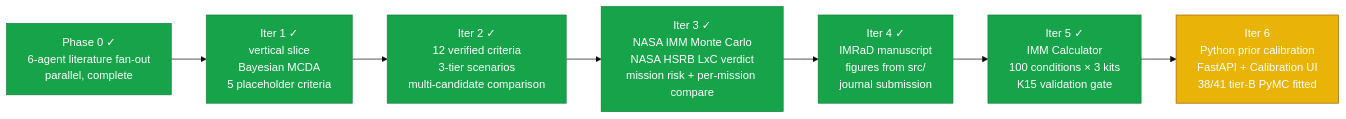
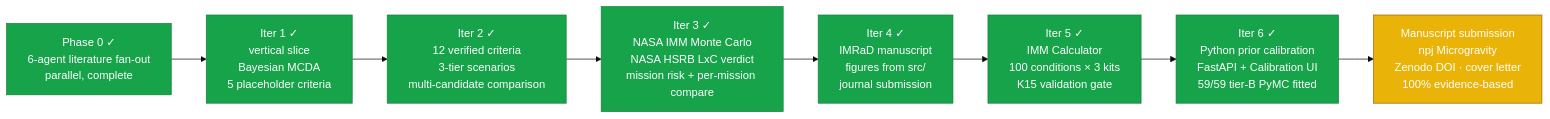
Before and after one commit to strikerdlm/selectron: the first of 2 diagrams in README.md, drawn with Mermaid (base theme). The commit also changed other lines of this file and 1 other file, not shown here.

````diff
--- a/README.md
+++ b/README.md
@@ -81,14 +81,15 @@
 ```mermaid
 flowchart LR
     P0[Phase 0 ✓<br/>6-agent literature fan-out<br/>parallel, complete] --> I1
     I1[Iter 1 ✓<br/>vertical slice<br/>Bayesian MCDA<br/>5 placeholder criteria] --> I2
     I2[Iter 2 ✓<br/>12 verified criteria<br/>3-tier scenarios<br/>multi-candidate comparison] --> I3
     I3[Iter 3 ✓<br/>NASA IMM Monte Carlo<br/>NASA HSRB LxC verdict<br/>mission risk + per-mission compare] --> I4
     I4[Iter 4 ✓<br/>IMRaD manuscript<br/>figures from src/<br/>journal submission] --> I5
     I5[Iter 5 ✓<br/>IMM Calculator<br/>100 conditions × 3 kits<br/>K15 validation gate] --> I6
-    I6[Iter 6<br/>Python prior calibration<br/>FastAPI + Calibration UI<br/>38/41 tier-B PyMC fitted]
+    I6[Iter 6 ✓<br/>Python prior calibration<br/>FastAPI + Calibration UI<br/>59/59 tier-B PyMC fitted] --> MS
+    MS[Manuscript submission<br/>npj Microgravity<br/>Zenodo DOI · cover letter<br/>100% evidence-based]
     classDef done fill:#16a34a,stroke:#15803d,color:#fff
     classDef active fill:#eab308,stroke:#a16207,color:#fff
-    class P0,I1,I2,I3,I4,I5 done
-    class I6 active
+    class P0,I1,I2,I3,I4,I5,I6 done
+    class MS active
 ```
````
